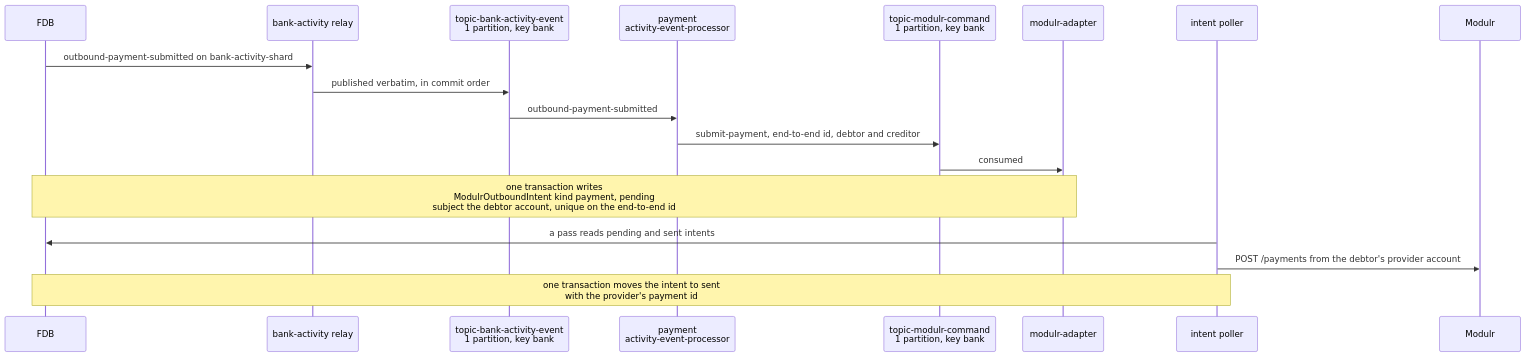
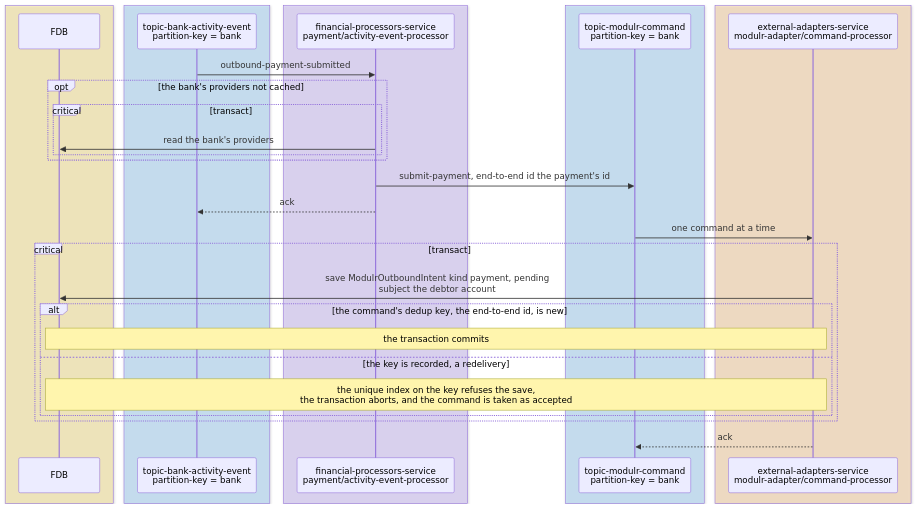
Before and after one commit to repldriven/queenswood: the sixth of 15 diagrams in docs/tdd/payments-outbound.md, drawn with Mermaid. The commit also changed other lines of this file and 3 other files, not shown here.

First line of the commit message:
Draw each FDB transaction as a commit to it, and name every participant as it is in the code (#822)

````diff
--- a/docs/tdd/payments-outbound.md
+++ b/docs/tdd/payments-outbound.md
@@ -104,20 +287,36 @@
 ```mermaid
 sequenceDiagram
+    box rgba(255, 236, 153, 0.5)
     participant DB as FDB
-    participant AR as bank-activity relay
-    participant AE as topic-bank-activity-event<br/>1 partition, key bank
-    participant AP as payment<br/>activity-event-processor
-    participant MC as topic-modulr-command<br/>1 partition, key bank
-    participant AD as modulr-adapter
-    participant IP as intent poller
-    participant PR as Modulr
-    DB->>AR: outbound-payment-submitted on bank-activity-shard
-    AR->>AE: published verbatim, in commit order
+    end
+    box rgba(165, 216, 255, 0.45)
+    participant AE as topic-bank-activity-event<br/>partition-key = bank
+    end
+    box rgba(208, 191, 255, 0.45)
+    participant AP as financial-processors-service<br/>payment/activity-event-processor
+    end
+    box rgba(165, 216, 255, 0.45)
+    participant MC as topic-modulr-command<br/>partition-key = bank
+    end
+    box rgba(255, 216, 168, 0.5)
+    participant AD as external-adapters-service<br/>modulr-adapter/command-processor
+    end
     AE->>AP: outbound-payment-submitted
-    AP->>MC: submit-payment, end-to-end id, debtor and creditor
-    MC->>AD: consumed
-    Note over AD,DB: one transaction writes<br/>ModulrOutboundIntent kind payment, pending<br/>subject the debtor account, unique on the end-to-end id
-    IP->>DB: a pass reads pending and sent intents
-    IP->>PR: POST /payments from the debtor's provider account
-    Note over IP,DB: one transaction moves the intent to sent<br/>with the provider's payment id
+    opt the bank's providers not cached
+    critical transact
+    AP->>DB: read the bank's providers
+    end
+    end
+    AP->>MC: submit-payment, end-to-end id the payment's id
+    AP-->>AE: ack
+    MC->>AD: one command at a time
+    critical transact
+    AD->>DB: save ModulrOutboundIntent kind payment, pending<br/>subject the debtor account
+    alt the command's dedup key, the end-to-end id, is new
+    Note over AD,DB: the transaction commits
+    else the key is recorded, a redelivery
+    Note over AD,DB: the unique index on the key refuses the save,<br/>the transaction aborts, and the command is taken as accepted
+    end
+    end
+    AD-->>MC: ack
 ```
````
